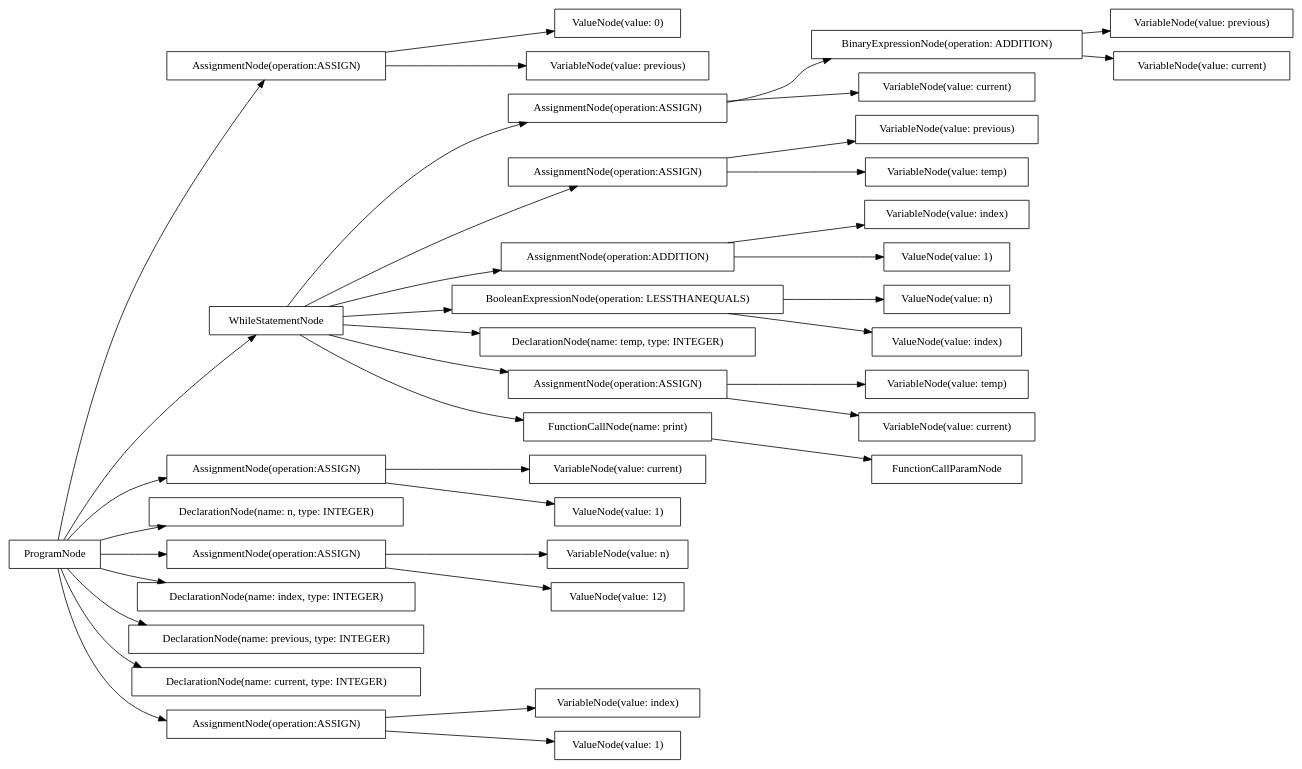
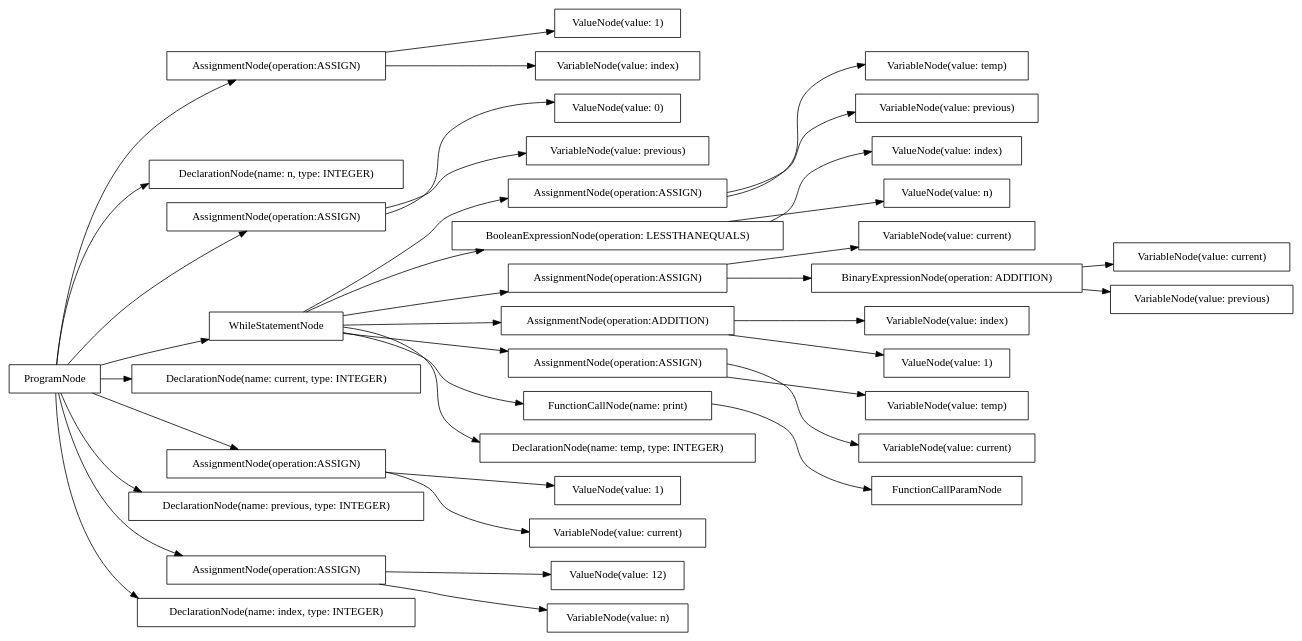
One commit to AtLeastITry/ANTLR-Python-Compiler changed the diagram in src/output/dot/fibonacci.dot. Above: the diagram before and after it, drawn with Graphviz. The commit also changed 11 other files, not shown here.

```diff
--- a/src/output/dot/fibonacci.dot
+++ b/src/output/dot/fibonacci.dot
@@ -1,78 +1,78 @@
 digraph G {
 rankdir=LR
-"b0c66be6-c435-42f8-b9c4-5b87a8889522" [label="AssignmentNode(operation:ASSIGN)" shape="box"];
-"4508078e-98c4-4dc6-bfbf-d62e7d693039" [label="AssignmentNode(operation:ASSIGN)" shape="box"];
-"9c8c1a2a-8055-4861-9b25-86a0e66dec3f" [label="VariableNode(value: previous)" shape="box"];
-"89d061ce-67e5-4ccf-b91f-fec789d29477" [label="WhileStatementNode" shape="box"];
-"3ddbcfff-4793-4146-999d-27fbb1797827" [label="AssignmentNode(operation:ASSIGN)" shape="box"];
-"24cb0d56-71f3-4b8c-a74c-7d200e15aed1" [label="ValueNode(value: n)" shape="box"];
-"84183c43-4494-4628-9280-9bd5df7d5002" [label="ValueNode(value: index)" shape="box"];
-"d561f077-1618-4035-905e-caf242ed23e8" [label="AssignmentNode(operation:ASSIGN)" shape="box"];
-"8183bbab-cc28-453d-a4ac-7b5ef3fac826" [label="VariableNode(value: current)" shape="box"];
-"75e0fb63-c8b6-4145-804d-f5529c7c0947" [label="VariableNode(value: index)" shape="box"];
-"8121634d-f8d4-4107-98a0-529037fde227" [label="ValueNode(value: 0)" shape="box"];
-"45a5509c-8b2d-49ef-8cee-01d9e71c2f45" [label="AssignmentNode(operation:ADDITION)" shape="box"];
-"bb369d3d-1ef8-4af5-aa25-63e42c7415ab" [label="DeclarationNode(name: n, type: INTEGER)" shape="box"];
-"376ebd99-10e1-4fdb-a68a-70c61516d6ce" [label="AssignmentNode(operation:ASSIGN)" shape="box"];
-"300c6391-c93f-4f5f-904e-a9f5847fa6a5" [label="VariableNode(value: previous)" shape="box"];
-"f87b461a-4a6e-4dd9-b819-648040daa749" [label="VariableNode(value: index)" shape="box"];
-"c859f369-e419-4e6c-86de-d1e01842b864" [label="ProgramNode" shape="box"];
-"ceb2b74d-df64-4dbe-883e-2a10c426ecf0" [label="DeclarationNode(name: index, type: INTEGER)" shape="box"];
-"cc3a47d9-17ee-4238-bd95-d192d7de4433" [label="ValueNode(value: 1)" shape="box"];
-"be5fbffb-e8b3-4625-a8ac-e410c262ce4e" [label="BinaryExpressionNode(operation: ADDITION)" shape="box"];
-"08a4c259-55e5-4cbb-8712-f9cff6d6190e" [label="VariableNode(value: n)" shape="box"];
-"6c3b3ea8-f54f-4edf-a480-47498b12187e" [label="ValueNode(value: 1)" shape="box"];
-"71a079f1-23e8-41a7-8b37-fe8ef3cef640" [label="VariableNode(value: previous)" shape="box"];
-"1cb3f4c5-54df-4938-a3e2-d8e759a2639c" [label="ValueNode(value: 1)" shape="box"];
-"1ae4a13d-c6ed-4f9b-883d-1f159eda8e37" [label="BooleanExpressionNode(operation: LESSTHANEQUALS)" shape="box"];
-"38f9af25-610c-4a90-84e8-bf6ea6431e28" [label="VariableNode(value: current)" shape="box"];
-"f429e8b3-8d45-4d4b-8301-6b7139a9e7e3" [label="ValueNode(value: 12)" shape="box"];
-"954934ff-c74c-40f5-8d32-17bfacbf4852" [label="DeclarationNode(name: previous, type: INTEGER)" shape="box"];
-"98234d99-7649-41d4-9977-b0cc38842f2a" [label="DeclarationNode(name: temp, type: INTEGER)" shape="box"];
-"3b9245d9-f04f-4fc9-b442-658962e230d0" [label="AssignmentNode(operation:ASSIGN)" shape="box"];
-"c99b604e-12a4-4813-b7cc-4496132cf7a2" [label="DeclarationNode(name: current, type: INTEGER)" shape="box"];
-"b8ce7241-afab-4594-bd6a-128485bc7914" [label="FunctionCallNode(name: print)" shape="box"];
-"c6987693-bd80-4e94-a2a0-e8906071ce66" [label="VariableNode(value: temp)" shape="box"];
-"8a599667-1ff3-43ed-b33e-4a25454acdc8" [label="AssignmentNode(operation:ASSIGN)" shape="box"];
-"50731598-2660-4e5e-987d-bf96a129ecac" [label="FunctionCallParamNode" shape="box"];
-"17ab99ba-d24a-406b-85c8-3d33581c5deb" [label="VariableNode(value: current)" shape="box"];
-"b76c2617-fb6e-466e-b7e7-6fd3be3a5c48" [label="VariableNode(value: temp)" shape="box"];
-"ecd4f5ea-1c0b-4c5a-816c-70d364c763e8" [label="VariableNode(value: current)" shape="box"];
-"c859f369-e419-4e6c-86de-d1e01842b864" -> "bb369d3d-1ef8-4af5-aa25-63e42c7415ab";
-"c859f369-e419-4e6c-86de-d1e01842b864" -> "954934ff-c74c-40f5-8d32-17bfacbf4852";
-"c859f369-e419-4e6c-86de-d1e01842b864" -> "c99b604e-12a4-4813-b7cc-4496132cf7a2";
-"c859f369-e419-4e6c-86de-d1e01842b864" -> "ceb2b74d-df64-4dbe-883e-2a10c426ecf0";
-"c859f369-e419-4e6c-86de-d1e01842b864" -> "376ebd99-10e1-4fdb-a68a-70c61516d6ce";
-"376ebd99-10e1-4fdb-a68a-70c61516d6ce" -> "08a4c259-55e5-4cbb-8712-f9cff6d6190e";
-"376ebd99-10e1-4fdb-a68a-70c61516d6ce" -> "f429e8b3-8d45-4d4b-8301-6b7139a9e7e3";
-"c859f369-e419-4e6c-86de-d1e01842b864" -> "b0c66be6-c435-42f8-b9c4-5b87a8889522";
-"b0c66be6-c435-42f8-b9c4-5b87a8889522" -> "71a079f1-23e8-41a7-8b37-fe8ef3cef640";
-"b0c66be6-c435-42f8-b9c4-5b87a8889522" -> "8121634d-f8d4-4107-98a0-529037fde227";
-"c859f369-e419-4e6c-86de-d1e01842b864" -> "d561f077-1618-4035-905e-caf242ed23e8";
-"d561f077-1618-4035-905e-caf242ed23e8" -> "8183bbab-cc28-453d-a4ac-7b5ef3fac826";
-"d561f077-1618-4035-905e-caf242ed23e8" -> "1cb3f4c5-54df-4938-a3e2-d8e759a2639c";
-"c859f369-e419-4e6c-86de-d1e01842b864" -> "8a599667-1ff3-43ed-b33e-4a25454acdc8";
-"8a599667-1ff3-43ed-b33e-4a25454acdc8" -> "75e0fb63-c8b6-4145-804d-f5529c7c0947";
-"8a599667-1ff3-43ed-b33e-4a25454acdc8" -> "cc3a47d9-17ee-4238-bd95-d192d7de4433";
-"c859f369-e419-4e6c-86de-d1e01842b864" -> "89d061ce-67e5-4ccf-b91f-fec789d29477";
-"89d061ce-67e5-4ccf-b91f-fec789d29477" -> "1ae4a13d-c6ed-4f9b-883d-1f159eda8e37";
-"1ae4a13d-c6ed-4f9b-883d-1f159eda8e37" -> "84183c43-4494-4628-9280-9bd5df7d5002";
-"1ae4a13d-c6ed-4f9b-883d-1f159eda8e37" -> "24cb0d56-71f3-4b8c-a74c-7d200e15aed1";
-"89d061ce-67e5-4ccf-b91f-fec789d29477" -> "b8ce7241-afab-4594-bd6a-128485bc7914";
-"b8ce7241-afab-4594-bd6a-128485bc7914" -> "50731598-2660-4e5e-987d-bf96a129ecac";
-"89d061ce-67e5-4ccf-b91f-fec789d29477" -> "98234d99-7649-41d4-9977-b0cc38842f2a";
-"89d061ce-67e5-4ccf-b91f-fec789d29477" -> "3b9245d9-f04f-4fc9-b442-658962e230d0";
-"3b9245d9-f04f-4fc9-b442-658962e230d0" -> "c6987693-bd80-4e94-a2a0-e8906071ce66";
-"3b9245d9-f04f-4fc9-b442-658962e230d0" -> "17ab99ba-d24a-406b-85c8-3d33581c5deb";
-"89d061ce-67e5-4ccf-b91f-fec789d29477" -> "4508078e-98c4-4dc6-bfbf-d62e7d693039";
-"4508078e-98c4-4dc6-bfbf-d62e7d693039" -> "ecd4f5ea-1c0b-4c5a-816c-70d364c763e8";
-"4508078e-98c4-4dc6-bfbf-d62e7d693039" -> "be5fbffb-e8b3-4625-a8ac-e410c262ce4e";
-"be5fbffb-e8b3-4625-a8ac-e410c262ce4e" -> "38f9af25-610c-4a90-84e8-bf6ea6431e28";
-"be5fbffb-e8b3-4625-a8ac-e410c262ce4e" -> "9c8c1a2a-8055-4861-9b25-86a0e66dec3f";
-"89d061ce-67e5-4ccf-b91f-fec789d29477" -> "3ddbcfff-4793-4146-999d-27fbb1797827";
-"3ddbcfff-4793-4146-999d-27fbb1797827" -> "300c6391-c93f-4f5f-904e-a9f5847fa6a5";
-"3ddbcfff-4793-4146-999d-27fbb1797827" -> "b76c2617-fb6e-466e-b7e7-6fd3be3a5c48";
-"89d061ce-67e5-4ccf-b91f-fec789d29477" -> "45a5509c-8b2d-49ef-8cee-01d9e71c2f45";
-"45a5509c-8b2d-49ef-8cee-01d9e71c2f45" -> "f87b461a-4a6e-4dd9-b819-648040daa749";
-"45a5509c-8b2d-49ef-8cee-01d9e71c2f45" -> "6c3b3ea8-f54f-4edf-a480-47498b12187e";
+"4d1ae961-ff71-4a6d-b392-09ac1f2bdb70" [label="AssignmentNode(operation:ASSIGN)" shape="box"];
+"6745d7e0-4566-497c-bc6e-4bb3064ec228" [label="ProgramNode" shape="box"];
+"6886963f-6a65-47ec-9600-9a6ca1e7e73e" [label="ValueNode(value: 0)" shape="box"];
+"289d3b28-eeff-4e98-8f45-0a9c09e6f5a8" [label="ValueNode(value: 1)" shape="box"];
+"90a73efc-38be-4b0c-a290-b786afcdcff4" [label="ValueNode(value: index)" shape="box"];
+"b0c5be83-136f-4e9e-aa0c-19f56f6f5727" [label="VariableNode(value: current)" shape="box"];
+"d68afc91-12a2-4305-a2b8-b43041a4f897" [label="ValueNode(value: 12)" shape="box"];
+"8b5e9220-5590-43b1-8e58-e91b5bc26856" [label="VariableNode(value: temp)" shape="box"];
+"8d8553f1-2ba1-4e4b-b082-ceef9f6c7d15" [label="DeclarationNode(name: n, type: INTEGER)" shape="box"];
+"7ff21711-07da-47ee-9605-b945f56a9437" [label="VariableNode(value: previous)" shape="box"];
+"ee511254-7887-41b7-b642-6f4ba0152d63" [label="AssignmentNode(operation:ASSIGN)" shape="box"];
+"ec751c1e-7794-4368-b06b-7952f56fed8c" [label="AssignmentNode(operation:ASSIGN)" shape="box"];
+"0156cc4e-fb83-464c-9dd0-c932f30e34b6" [label="BooleanExpressionNode(operation: LESSTHANEQUALS)" shape="box"];
+"5f2270b9-b4ba-416d-b57c-fc7e3aad056e" [label="FunctionCallParamNode" shape="box"];
+"28b044d8-6e14-4699-8980-3c2a4e55fd57" [label="AssignmentNode(operation:ASSIGN)" shape="box"];
+"59ef7163-11f3-4609-b583-b87a78650325" [label="WhileStatementNode" shape="box"];
+"23c2f5eb-878e-4ca7-af16-6ad92caa1334" [label="VariableNode(value: current)" shape="box"];
+"9c911124-154c-4d4f-8725-1c6290835026" [label="VariableNode(value: previous)" shape="box"];
+"3a48e19f-22a5-4b85-ab8d-b1456b589cff" [label="ValueNode(value: n)" shape="box"];
+"8c312e2a-ee94-411d-a9cc-d18c474873c3" [label="VariableNode(value: temp)" shape="box"];
+"3fbfa6b7-38c9-4c90-af12-c57674a55b49" [label="AssignmentNode(operation:ADDITION)" shape="box"];
+"9e2174ce-3454-41fc-81b3-35365ee165fd" [label="VariableNode(value: n)" shape="box"];
+"cd7cc56f-46cd-421f-804e-ce481c2de4b5" [label="DeclarationNode(name: current, type: INTEGER)" shape="box"];
+"35ffd0ae-c821-44bd-bfec-59d09f621e31" [label="AssignmentNode(operation:ASSIGN)" shape="box"];
+"bbc40dde-2d35-40bc-ae8d-7249dec4db77" [label="ValueNode(value: 1)" shape="box"];
+"6ead04f2-ff7f-4f79-b00d-c9eb04d18388" [label="AssignmentNode(operation:ASSIGN)" shape="box"];
+"6d9f0fb3-a404-4a81-9e3f-2bb46433bc77" [label="FunctionCallNode(name: print)" shape="box"];
+"302dbd0b-6767-4862-942c-c96f1f87738e" [label="DeclarationNode(name: previous, type: INTEGER)" shape="box"];
+"31e5e4a1-a00b-40a0-87fd-36df9505a4e3" [label="VariableNode(value: current)" shape="box"];
+"e0ed924f-7ccc-4d7f-8280-d1848fba1944" [label="VariableNode(value: index)" shape="box"];
+"adfe6651-2856-4dbf-a1e3-045388119149" [label="BinaryExpressionNode(operation: ADDITION)" shape="box"];
+"9c9d78d2-01dc-4b19-9246-d6e701eb24ae" [label="VariableNode(value: previous)" shape="box"];
+"1d3d098b-73cd-46f6-aa59-5afbece0dd20" [label="AssignmentNode(operation:ASSIGN)" shape="box"];
+"cc9b6155-c81b-43a5-88d3-a926e1d6a6fc" [label="VariableNode(value: current)" shape="box"];
+"c0b8f9ea-48eb-4561-9c96-1d5eebe5bf5a" [label="VariableNode(value: index)" shape="box"];
+"8761bd38-4cdf-4372-ab90-c8fe4ca80c80" [label="DeclarationNode(name: temp, type: INTEGER)" shape="box"];
+"a20457e5-0e0b-4a7c-90b6-f0ccab35c0ef" [label="DeclarationNode(name: index, type: INTEGER)" shape="box"];
+"2c745b65-7873-4f1c-8488-248ce35fdf1d" [label="ValueNode(value: 1)" shape="box"];
+"6745d7e0-4566-497c-bc6e-4bb3064ec228" -> "8d8553f1-2ba1-4e4b-b082-ceef9f6c7d15";
+"6745d7e0-4566-497c-bc6e-4bb3064ec228" -> "302dbd0b-6767-4862-942c-c96f1f87738e";
+"6745d7e0-4566-497c-bc6e-4bb3064ec228" -> "cd7cc56f-46cd-421f-804e-ce481c2de4b5";
+"6745d7e0-4566-497c-bc6e-4bb3064ec228" -> "a20457e5-0e0b-4a7c-90b6-f0ccab35c0ef";
+"6745d7e0-4566-497c-bc6e-4bb3064ec228" -> "1d3d098b-73cd-46f6-aa59-5afbece0dd20";
+"1d3d098b-73cd-46f6-aa59-5afbece0dd20" -> "9e2174ce-3454-41fc-81b3-35365ee165fd";
+"1d3d098b-73cd-46f6-aa59-5afbece0dd20" -> "d68afc91-12a2-4305-a2b8-b43041a4f897";
+"6745d7e0-4566-497c-bc6e-4bb3064ec228" -> "ec751c1e-7794-4368-b06b-7952f56fed8c";
+"ec751c1e-7794-4368-b06b-7952f56fed8c" -> "9c911124-154c-4d4f-8725-1c6290835026";
+"ec751c1e-7794-4368-b06b-7952f56fed8c" -> "6886963f-6a65-47ec-9600-9a6ca1e7e73e";
+"6745d7e0-4566-497c-bc6e-4bb3064ec228" -> "6ead04f2-ff7f-4f79-b00d-c9eb04d18388";
+"6ead04f2-ff7f-4f79-b00d-c9eb04d18388" -> "cc9b6155-c81b-43a5-88d3-a926e1d6a6fc";
+"6ead04f2-ff7f-4f79-b00d-c9eb04d18388" -> "289d3b28-eeff-4e98-8f45-0a9c09e6f5a8";
+"6745d7e0-4566-497c-bc6e-4bb3064ec228" -> "4d1ae961-ff71-4a6d-b392-09ac1f2bdb70";
+"4d1ae961-ff71-4a6d-b392-09ac1f2bdb70" -> "c0b8f9ea-48eb-4561-9c96-1d5eebe5bf5a";
+"4d1ae961-ff71-4a6d-b392-09ac1f2bdb70" -> "bbc40dde-2d35-40bc-ae8d-7249dec4db77";
+"6745d7e0-4566-497c-bc6e-4bb3064ec228" -> "59ef7163-11f3-4609-b583-b87a78650325";
+"59ef7163-11f3-4609-b583-b87a78650325" -> "0156cc4e-fb83-464c-9dd0-c932f30e34b6";
+"0156cc4e-fb83-464c-9dd0-c932f30e34b6" -> "90a73efc-38be-4b0c-a290-b786afcdcff4";
+"0156cc4e-fb83-464c-9dd0-c932f30e34b6" -> "3a48e19f-22a5-4b85-ab8d-b1456b589cff";
+"59ef7163-11f3-4609-b583-b87a78650325" -> "6d9f0fb3-a404-4a81-9e3f-2bb46433bc77";
+"6d9f0fb3-a404-4a81-9e3f-2bb46433bc77" -> "5f2270b9-b4ba-416d-b57c-fc7e3aad056e";
+"59ef7163-11f3-4609-b583-b87a78650325" -> "8761bd38-4cdf-4372-ab90-c8fe4ca80c80";
+"59ef7163-11f3-4609-b583-b87a78650325" -> "35ffd0ae-c821-44bd-bfec-59d09f621e31";
+"35ffd0ae-c821-44bd-bfec-59d09f621e31" -> "8b5e9220-5590-43b1-8e58-e91b5bc26856";
+"35ffd0ae-c821-44bd-bfec-59d09f621e31" -> "31e5e4a1-a00b-40a0-87fd-36df9505a4e3";
+"59ef7163-11f3-4609-b583-b87a78650325" -> "28b044d8-6e14-4699-8980-3c2a4e55fd57";
+"28b044d8-6e14-4699-8980-3c2a4e55fd57" -> "23c2f5eb-878e-4ca7-af16-6ad92caa1334";
+"28b044d8-6e14-4699-8980-3c2a4e55fd57" -> "adfe6651-2856-4dbf-a1e3-045388119149";
+"adfe6651-2856-4dbf-a1e3-045388119149" -> "b0c5be83-136f-4e9e-aa0c-19f56f6f5727";
+"adfe6651-2856-4dbf-a1e3-045388119149" -> "7ff21711-07da-47ee-9605-b945f56a9437";
+"59ef7163-11f3-4609-b583-b87a78650325" -> "ee511254-7887-41b7-b642-6f4ba0152d63";
+"ee511254-7887-41b7-b642-6f4ba0152d63" -> "9c9d78d2-01dc-4b19-9246-d6e701eb24ae";
+"ee511254-7887-41b7-b642-6f4ba0152d63" -> "8c312e2a-ee94-411d-a9cc-d18c474873c3";
+"59ef7163-11f3-4609-b583-b87a78650325" -> "3fbfa6b7-38c9-4c90-af12-c57674a55b49";
+"3fbfa6b7-38c9-4c90-af12-c57674a55b49" -> "e0ed924f-7ccc-4d7f-8280-d1848fba1944";
+"3fbfa6b7-38c9-4c90-af12-c57674a55b49" -> "2c745b65-7873-4f1c-8488-248ce35fdf1d";
 }
```
